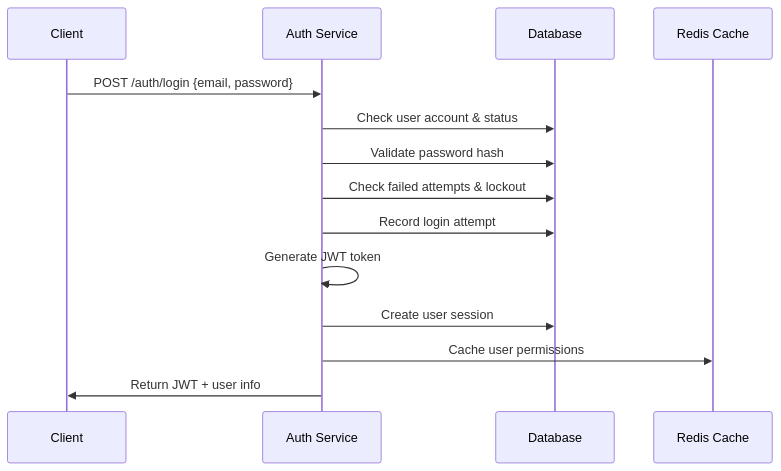
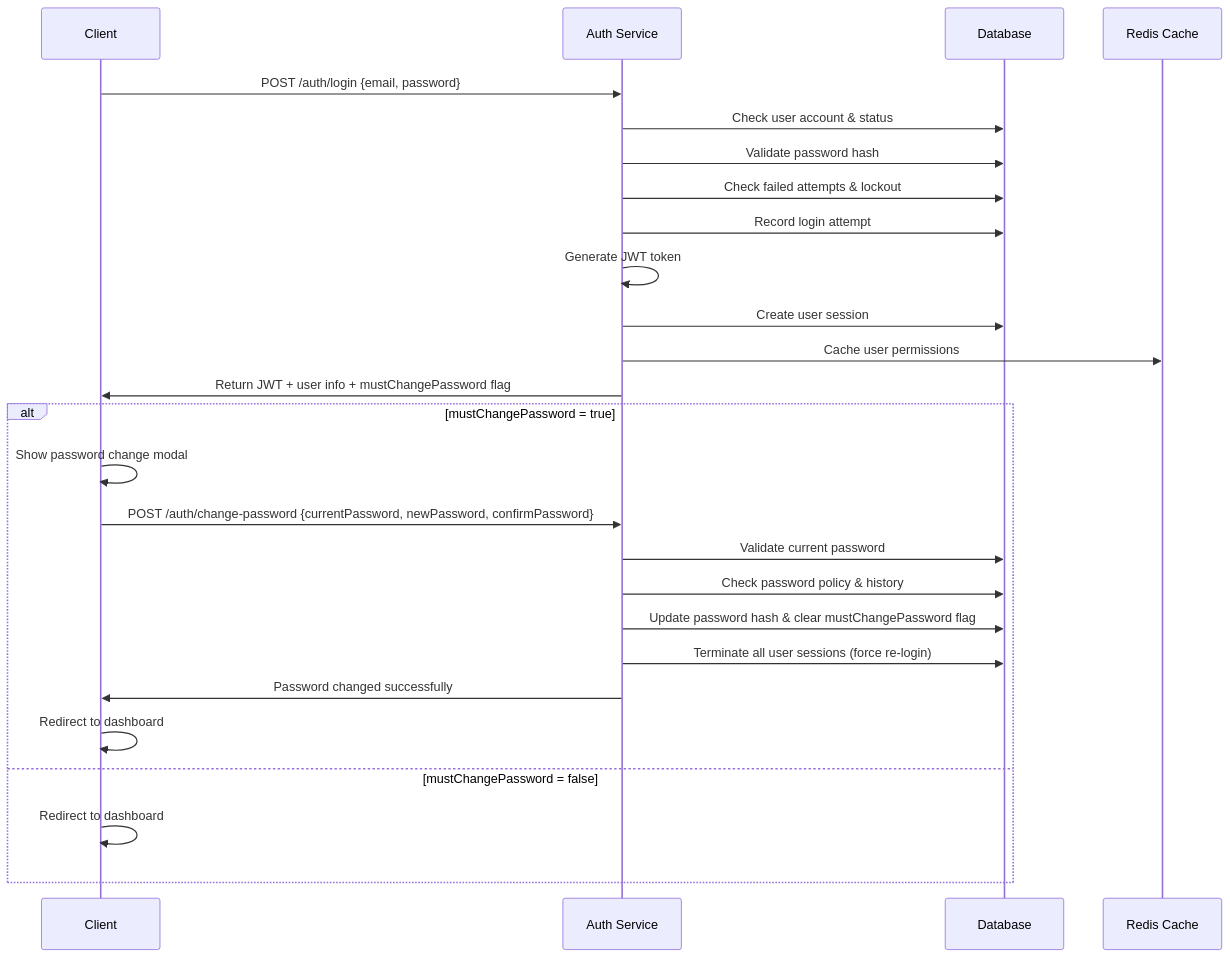
The first of 2 diagrams in Documentation/admin-and-authentication.md (AAyubx/ims), drawn with Mermaid before and after one commit. The commit also changed other lines of this file and 7 other files, not shown here.

First line of the commit message:
feat: implement mandatory password change on first login

````diff
--- a/Documentation/admin-and-authentication.md
+++ b/Documentation/admin-and-authentication.md
@@ -109,17 +118,30 @@
 ```mermaid
 sequenceDiagram
     participant C as Client
     participant A as Auth Service
     participant DB as Database
     participant Cache as Redis Cache
     
     C->>A: POST /auth/login {email, password}
     A->>DB: Check user account & status
     A->>DB: Validate password hash
     A->>DB: Check failed attempts & lockout
     A->>DB: Record login attempt
     A->>A: Generate JWT token
     A->>DB: Create user session
     A->>Cache: Cache user permissions
-    A->>C: Return JWT + user info
+    A->>C: Return JWT + user info + mustChangePassword flag
+    
+    alt mustChangePassword = true
+        C->>C: Show password change modal
+        C->>A: POST /auth/change-password {currentPassword, newPassword, confirmPassword}
+        A->>DB: Validate current password
+        A->>DB: Check password policy & history
+        A->>DB: Update password hash & clear mustChangePassword flag
+        A->>DB: Terminate all user sessions (force re-login)
+        A->>C: Password changed successfully
+        C->>C: Redirect to dashboard
+    else mustChangePassword = false
+        C->>C: Redirect to dashboard
+    end
 ```
````
